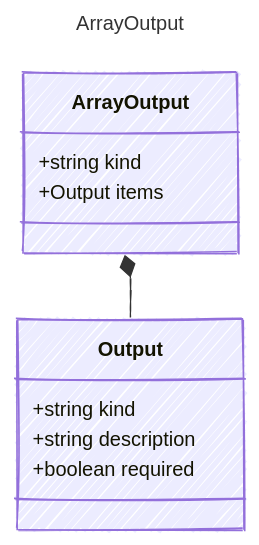
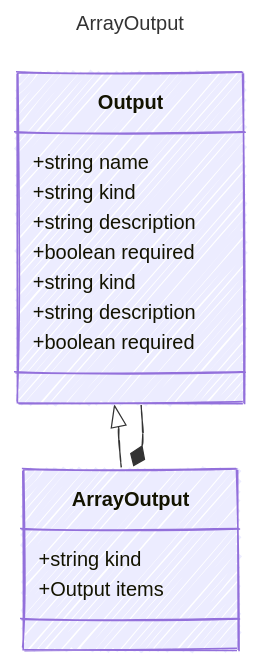
One commit to microsoft/prompty changed the diagram in specification/prompty/docs/ArrayOutput.md. Above: the diagram before and after it, drawn with Mermaid. The commit also changed 24 other files, not shown here.

````diff
--- a/specification/prompty/docs/ArrayOutput.md
+++ b/specification/prompty/docs/ArrayOutput.md
@@ -8,22 +8,29 @@
 ```mermaid
 ---
 title: ArrayOutput
 config:
   look: handDrawn
   theme: colorful
   class:
     hideEmptyMembersBox: true
 ---
 classDiagram
+    class Output {
+        +string name
+        +string kind
+        +string description
+        +boolean required
+    }
+    Output <|-- ArrayOutput
     class ArrayOutput {
       
         +string kind
         +Output items
     }
     class Output {
         +string kind
         +string description
         +boolean required
     }
     ArrayOutput *-- Output
 ```
````
